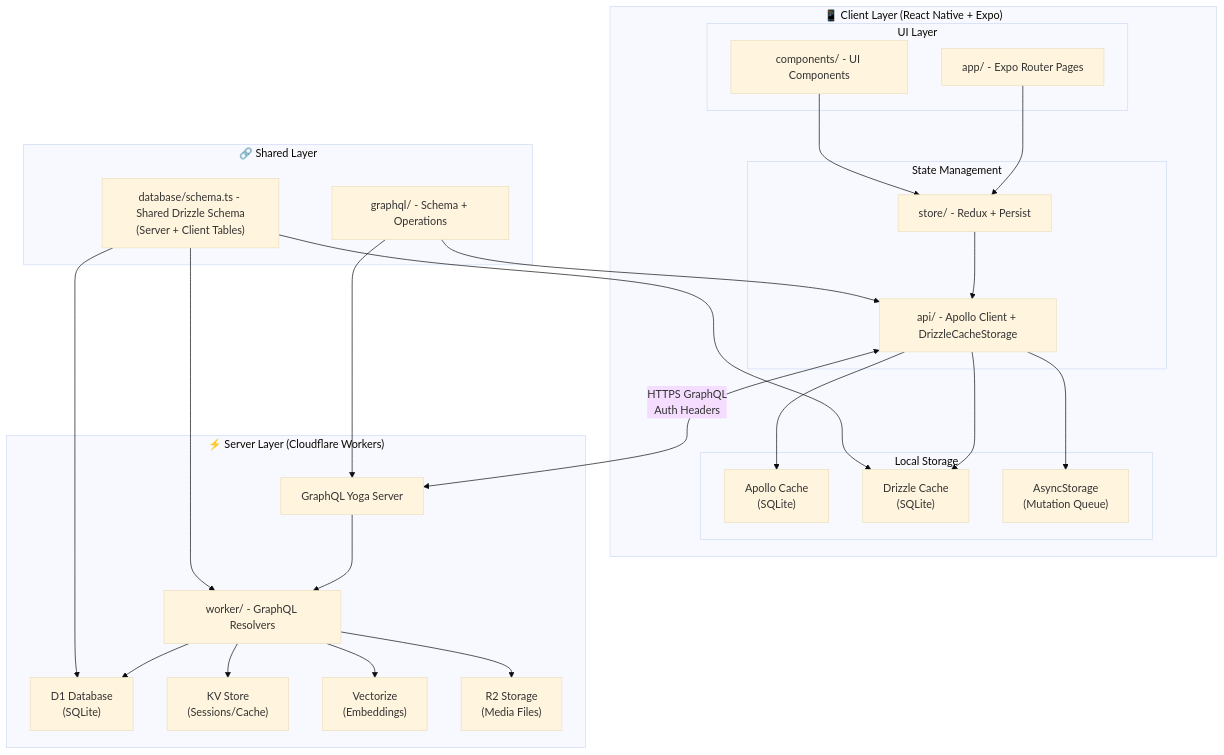
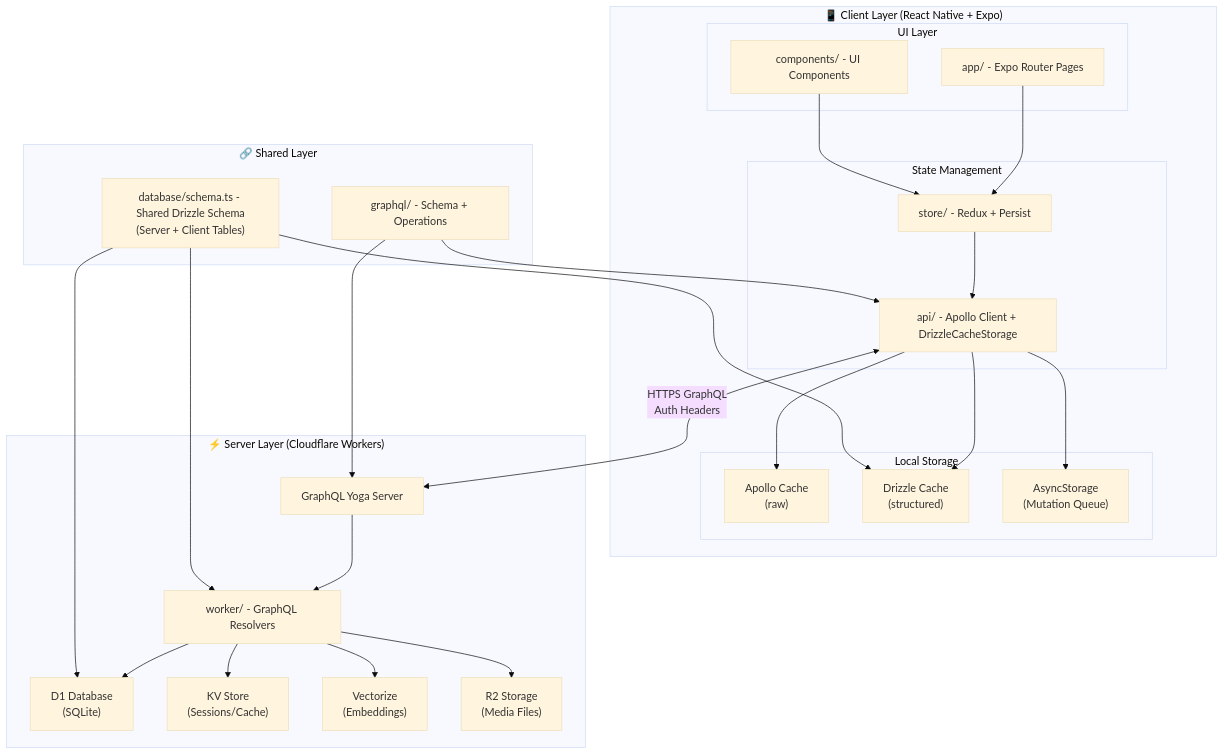
Before and after one commit to mehotkhan/safarnak.app: the first of 11 diagrams in README.md, drawn with Mermaid (base theme). The commit also changed other lines of this file and 8 other files, not shown here.

````diff
--- a/README.md
+++ b/README.md
@@ -68,50 +68,50 @@
 ```mermaid
 flowchart TB
   subgraph Client["📱 Client Layer (React Native + Expo)"]
     subgraph UI["UI Layer"]
       A["app/ - Expo Router Pages"]
       B["components/ - UI Components"]
     end
     subgraph State["State Management"]
       C["store/ - Redux + Persist"]
       D["api/ - Apollo Client + DrizzleCacheStorage"]
     end
     subgraph Local["Local Storage"]
-      E["Apollo Cache<br/>(SQLite)"]
-      F["Drizzle Cache<br/>(SQLite)"]
+      E["Apollo Cache<br/>(raw)"]
+      F["Drizzle Cache<br/>(structured)"]
       G["AsyncStorage<br/>(Mutation Queue)"]
     end
   end
 
   subgraph Shared["🔗 Shared Layer"]
     H["graphql/ - Schema + Operations"]
     I["database/schema.ts - Shared Drizzle Schema<br/>(Server + Client Tables)"]
   end
 
   subgraph Worker["⚡ Server Layer (Cloudflare Workers)"]
     J["worker/ - GraphQL Resolvers"]
     K["GraphQL Yoga Server"]
     L["D1 Database<br/>(SQLite)"]
     M["KV Store<br/>(Sessions/Cache)"]
     N["Vectorize<br/>(Embeddings)"]
     O["R2 Storage<br/>(Media Files)"]
   end
 
   A --> C
   B --> C
   C --> D
   D --> E
   D --> F
   D --> G
   D <-->|HTTPS GraphQL<br/>Auth Headers| K
   K --> J
   J --> L
   J --> M
   J --> N
   J --> O
   H --> D
   H --> K
   I --> F
   I --> L
   I --> J
 ```
````
